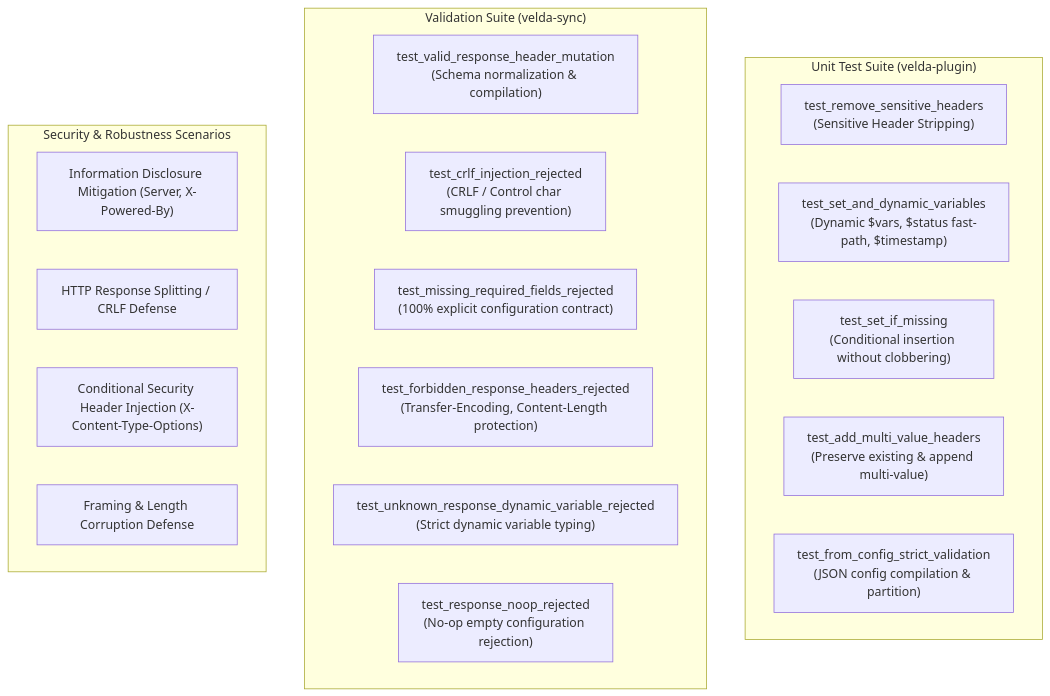
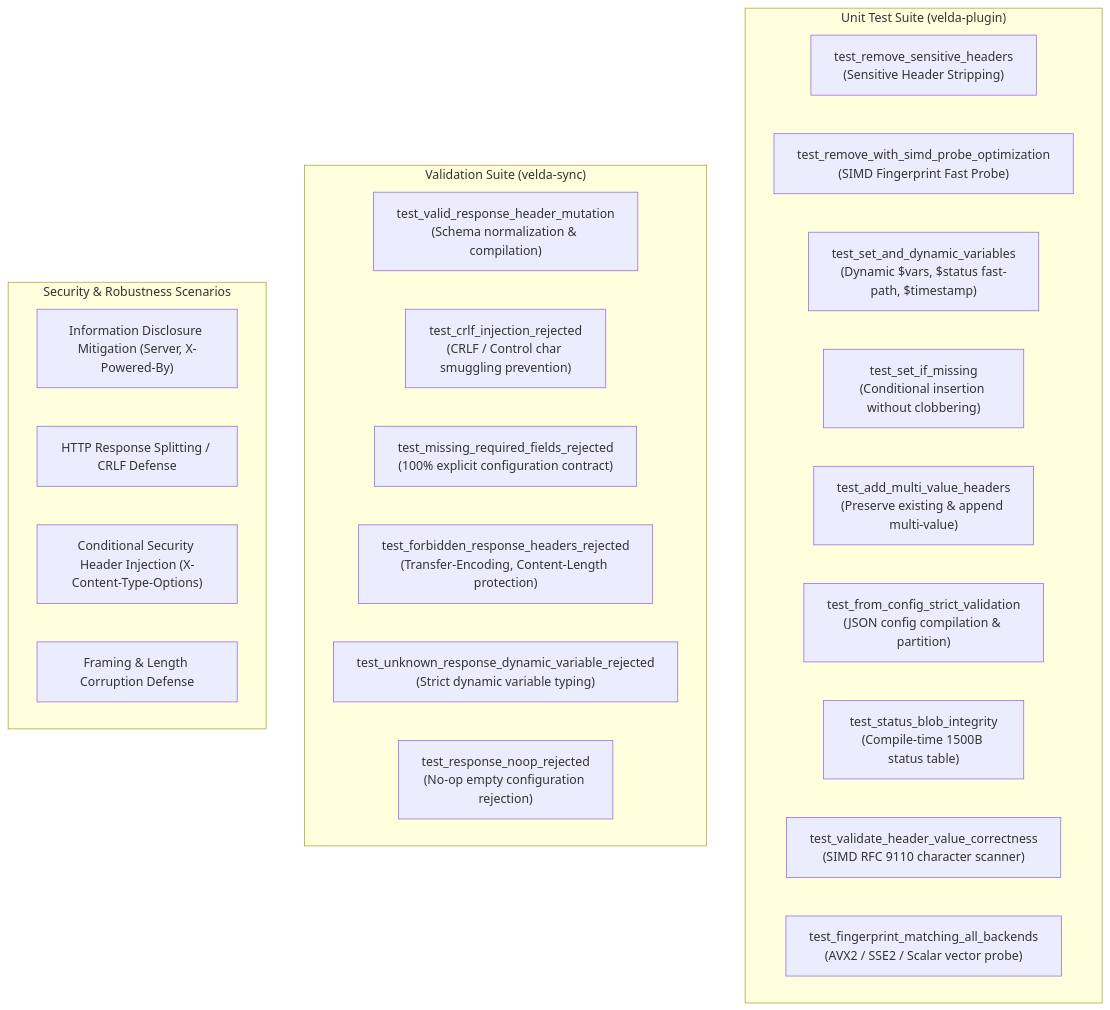
The diagram in crates/velda-plugin/src/post_response/response_header_mutation/TEST.md (phucle996/velda-edge), drawn with Mermaid before and after one commit. The commit also changed other lines of this file and 145 other files, not shown here.

````diff
--- a/crates/velda-plugin/src/post_response/response_header_mutation/TEST.md
+++ b/crates/velda-plugin/src/post_response/response_header_mutation/TEST.md
@@ -11,26 +11,30 @@
 ```mermaid
 flowchart TD
     subgraph EngineUnit["Unit Test Suite (velda-plugin)"]
         T1["test_remove_sensitive_headers\n(Sensitive Header Stripping)"]
-        T2["test_set_and_dynamic_variables\n(Dynamic $vars, $status fast-path, $timestamp)"]
-        T3["test_set_if_missing\n(Conditional insertion without clobbering)"]
-        T4["test_add_multi_value_headers\n(Preserve existing & append multi-value)"]
-        T5["test_from_config_strict_validation\n(JSON config compilation & partition)"]
+        T2["test_remove_with_simd_probe_optimization\n(SIMD Fingerprint Fast Probe)"]
+        T3["test_set_and_dynamic_variables\n(Dynamic $vars, $status fast-path, $timestamp)"]
+        T4["test_set_if_missing\n(Conditional insertion without clobbering)"]
+        T5["test_add_multi_value_headers\n(Preserve existing & append multi-value)"]
+        T6["test_from_config_strict_validation\n(JSON config compilation & partition)"]
+        T7["test_status_blob_integrity\n(Compile-time 1500B status table)"]
+        T8["test_validate_header_value_correctness\n(SIMD RFC 9110 character scanner)"]
+        T9["test_fingerprint_matching_all_backends\n(AVX2 / SSE2 / Scalar vector probe)"]
     end
 
     subgraph SyncUnit["Validation Suite (velda-sync)"]
         S1["test_valid_response_header_mutation\n(Schema normalization & compilation)"]
         S2["test_crlf_injection_rejected\n(CRLF / Control char smuggling prevention)"]
         S3["test_missing_required_fields_rejected\n(100% explicit configuration contract)"]
         S4["test_forbidden_response_headers_rejected\n(Transfer-Encoding, Content-Length protection)"]
         S5["test_unknown_response_dynamic_variable_rejected\n(Strict dynamic variable typing)"]
         S6["test_response_noop_rejected\n(No-op empty configuration rejection)"]
     end
 
     subgraph SecurityScenarios["Security & Robustness Scenarios"]
         SEC1["Information Disclosure Mitigation (Server, X-Powered-By)"]
         SEC2["HTTP Response Splitting / CRLF Defense"]
         SEC3["Conditional Security Header Injection (X-Content-Type-Options)"]
         SEC4["Framing & Length Corruption Defense"]
     end
 ```
````
